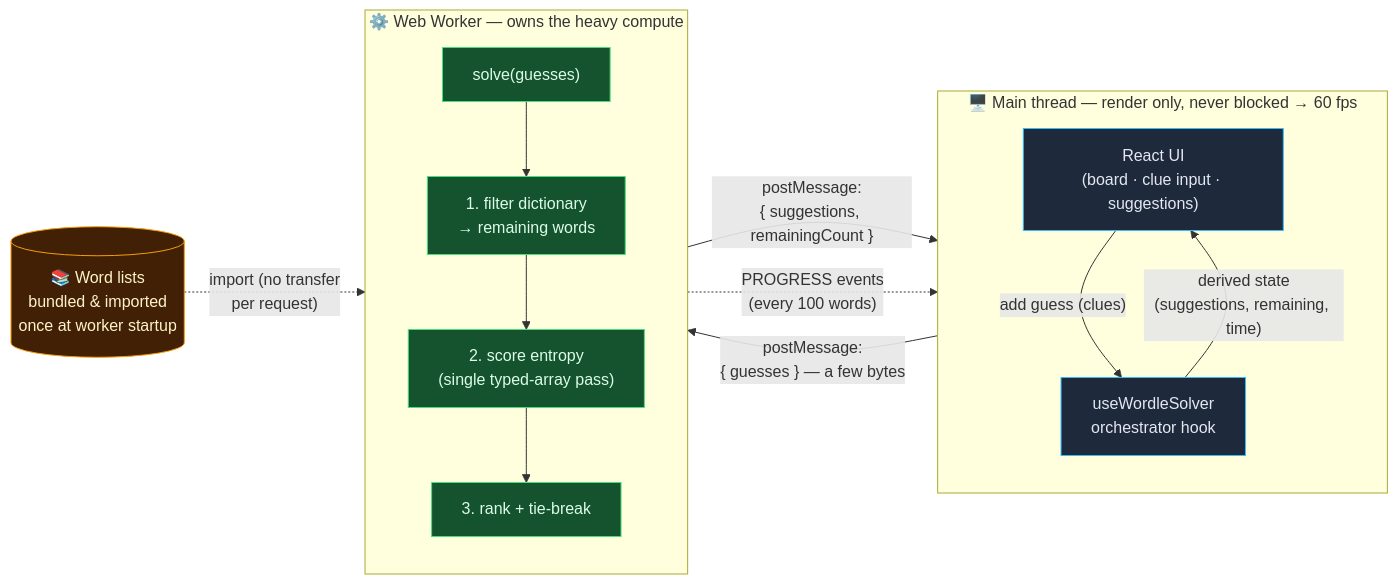
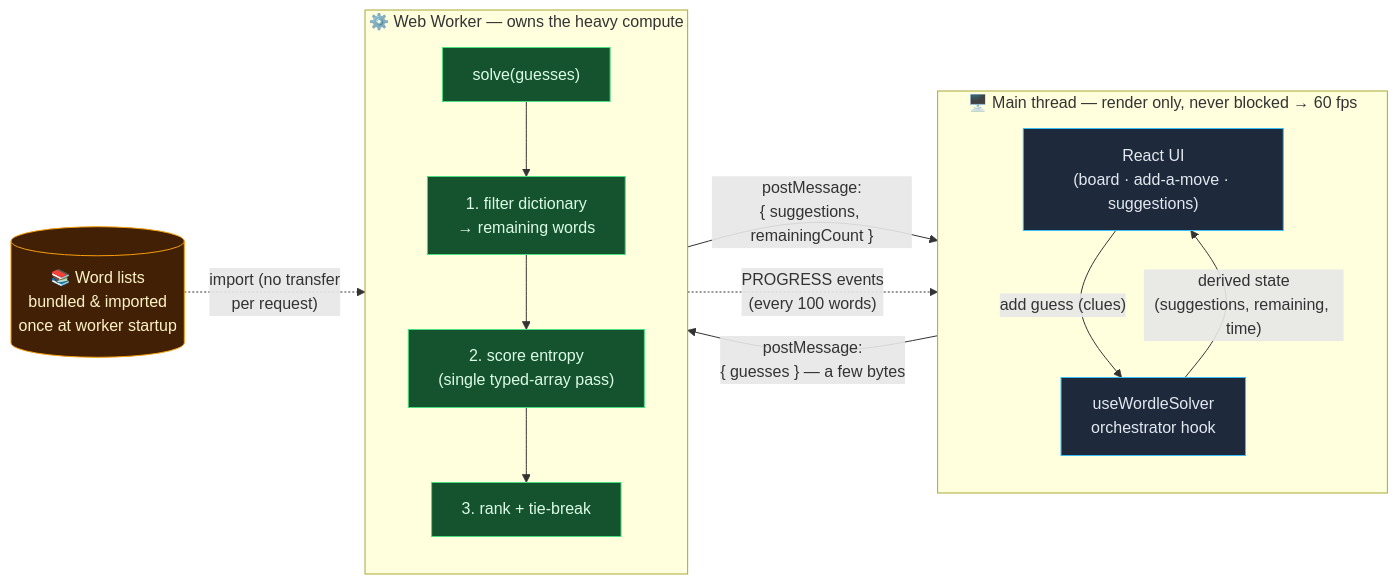
One commit to P4ST4S/next-wordle-bot changed the diagram in README.md. Above: the diagram before and after it, drawn with Mermaid. The commit also changed other lines of this file and 1 other file, not shown here.

Commit message:
fix: update UI terminology for clarity in README and architecture documentation

````diff
--- a/README.md
+++ b/README.md
@@ -154,33 +155,33 @@
 ```mermaid
 flowchart LR
     subgraph MT["🖥️ Main thread — render only, never blocked → 60 fps"]
         direction TB
-        UI["React UI<br/>(board · clue input · suggestions)"]
+        UI["React UI<br/>(board · add-a-move · suggestions)"]
         ORCH["useWordleSolver<br/>orchestrator hook"]
         UI -->|"add guess (clues)"| ORCH
         ORCH -->|"derived state<br/>(suggestions, remaining, time)"| UI
     end
 
     subgraph WK["⚙️ Web Worker — owns the heavy compute"]
         direction TB
         SOLVE["solve(guesses)"]
         FILTER["1. filter dictionary<br/>→ remaining words"]
         SCORE["2. score entropy<br/>(single typed-array pass)"]
         RANK["3. rank + tie-break"]
         SOLVE --> FILTER --> SCORE --> RANK
     end
 
     DICT[("📚 Word lists<br/>bundled & imported<br/>once at worker startup")]
 
     ORCH -->|"postMessage:<br/>{ guesses } — a few bytes"| SOLVE
     RANK -->|"postMessage:<br/>{ suggestions, remainingCount }"| ORCH
     SCORE -.->|"PROGRESS events<br/>(every 100 words)"| ORCH
     DICT -.->|"import (no transfer<br/>per request)"| WK
 
     classDef maincls fill:#1e293b,stroke:#38bdf8,color:#e2e8f0;
     classDef workcls fill:#14532d,stroke:#4ade80,color:#dcfce7;
     classDef datacls fill:#422006,stroke:#f59e0b,color:#fef3c7;
     class UI,ORCH maincls;
     class SOLVE,FILTER,SCORE,RANK workcls;
     class DICT datacls;
 ```
````
